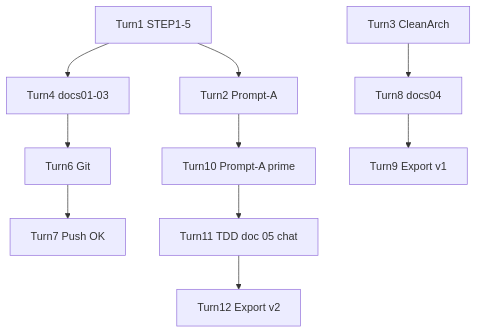
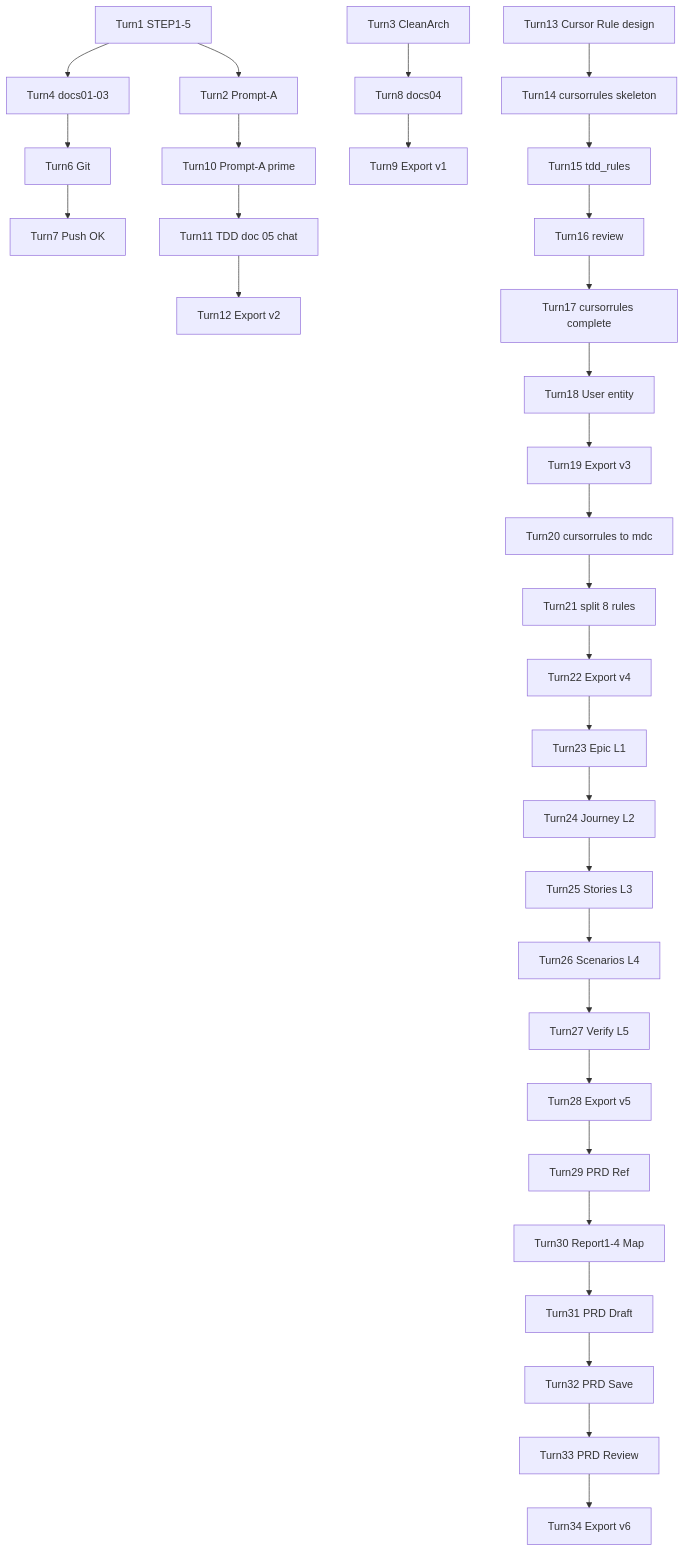
The diagram in Prompt/00-dialogue-transcript-export.md (tworimpa/MagicSquare_18), drawn with Mermaid before and after one commit. The commit also changed other lines of this file and 66 other files, not shown here.

````diff
--- a/Prompt/00-dialogue-transcript-export.md
+++ b/Prompt/00-dialogue-transcript-export.md
@@ -251,12 +699,33 @@
 ```mermaid
 flowchart TD
   T1[Turn1 STEP1-5] --> T4[Turn4 docs01-03]
   T1 --> T2[Turn2 Prompt-A]
   T2 --> T10[Turn10 Prompt-A prime]
   T3[Turn3 CleanArch] --> T8[Turn8 docs04]
   T4 --> T6[Turn6 Git]
   T6 --> T7[Turn7 Push OK]
   T8 --> T9[Turn9 Export v1]
   T10 --> T11[Turn11 TDD doc 05 chat]
   T11 --> T12[Turn12 Export v2]
+  T13[Turn13 Cursor Rule design] --> T14[Turn14 cursorrules skeleton]
+  T14 --> T15[Turn15 tdd_rules]
+  T15 --> T16[Turn16 review]
+  T16 --> T17[Turn17 cursorrules complete]
+  T17 --> T18[Turn18 User entity]
+  T18 --> T19[Turn19 Export v3]
+  T19 --> T20[Turn20 cursorrules to mdc]
+  T20 --> T21[Turn21 split 8 rules]
+  T21 --> T22[Turn22 Export v4]
+  T22 --> T23[Turn23 Epic L1]
+  T23 --> T24[Turn24 Journey L2]
+  T24 --> T25[Turn25 Stories L3]
+  T25 --> T26[Turn26 Scenarios L4]
+  T26 --> T27[Turn27 Verify L5]
+  T27 --> T28[Turn28 Export v5]
+  T28 --> T29[Turn29 PRD Ref]
+  T29 --> T30[Turn30 Report1-4 Map]
+  T30 --> T31[Turn31 PRD Draft]
+  T31 --> T32[Turn32 PRD Save]
+  T32 --> T33[Turn33 PRD Review]
+  T33 --> T34[Turn34 Export v6]
 ```
````
